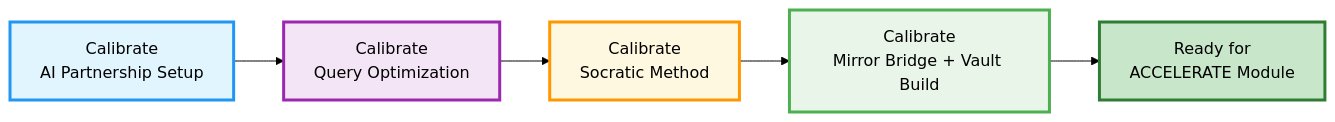
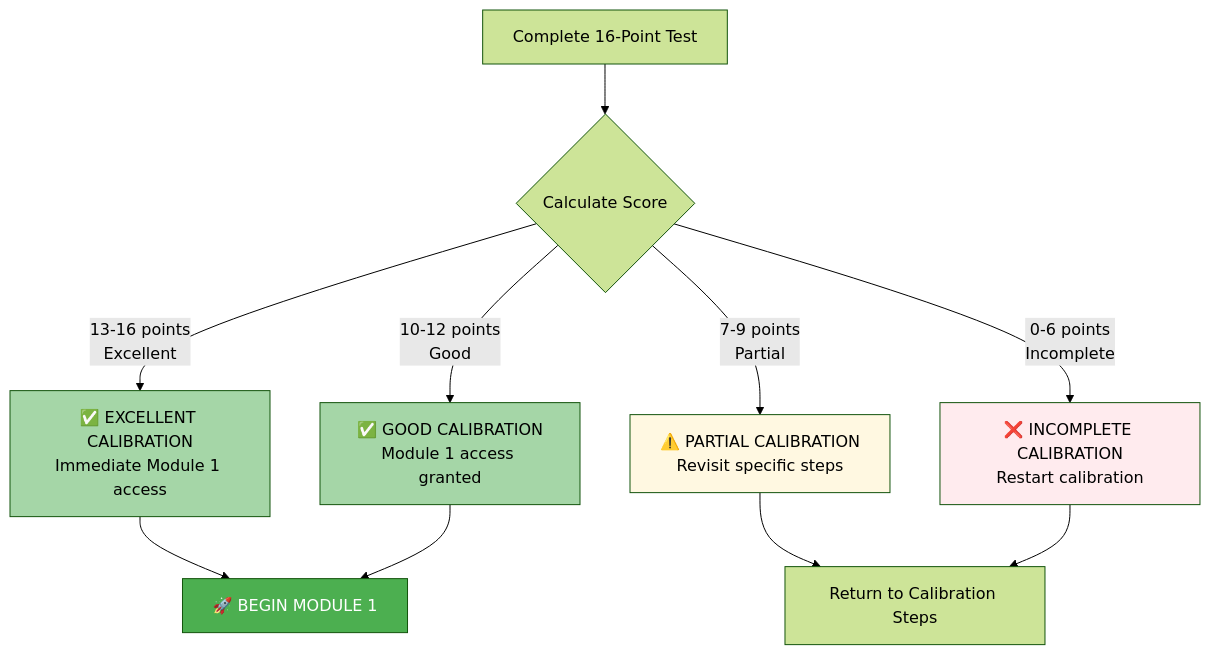
The diagram in mytemp1.md (uma1999/umacourses), drawn with Mermaid (forest theme) before and after one commit. The commit also changed other lines of this file, not shown here.

````diff
--- a/mytemp1.md
+++ b/mytemp1.md
@@ -140,14 +93,22 @@
 ```mermaid
-flowchart LR
-    A["Calibrate<br/>AI Partnership Setup"] --> 
-    B["Calibrate<br/>Query Optimization"] --> 
-    C["Calibrate<br/>Socratic Method"] --> 
-    D["Calibrate<br/>Mirror Bridge + Vault Build"] --> 
-    E["Ready for<br/>ACCELERATE Module"]
+flowchart TD
+    Start["Complete 16-Point Test"] --> Score{Calculate Score}
     
-    style A fill:#e1f5fe,stroke:#2196f3,stroke-width:3px
-    style B fill:#f3e5f5,stroke:#9c27b0,stroke-width:3px
-    style C fill:#fff8e1,stroke:#ff9800,stroke-width:3px
-    style D fill:#e8f5e8,stroke:#4caf50,stroke-width:3px
-    style E fill:#c8e6c9,stroke:#2e7d32,stroke-width:3px
+    Score -- "13-16 points<br/>Excellent" --> Pass1["✅ EXCELLENT CALIBRATION<br/>Immediate Module 1 access"]
+    Score -- "10-12 points<br/>Good" --> Pass2["✅ GOOD CALIBRATION<br/>Module 1 access granted"]
+    Score -- "7-9 points<br/>Partial" --> Improve["⚠️ PARTIAL CALIBRATION<br/>Revisit specific steps"]
+    Score -- "0-6 points<br/>Incomplete" --> Restart["❌ INCOMPLETE CALIBRATION<br/>Restart calibration"]
+    
+    Pass1 --> Module1
+    Pass2 --> Module1
+    Improve --> Revisit["Return to Calibration Steps"]
+    Restart --> Revisit
+    
+    Module1["🚀 BEGIN MODULE 1"]
+    
+    style Pass1 fill:#a5d6a7
+    style Pass2 fill:#a5d6a7
+    style Improve fill:#fff8e1
+    style Restart fill:#ffebee
+    style Module1 fill:#4caf50,color:white
 ```
````
